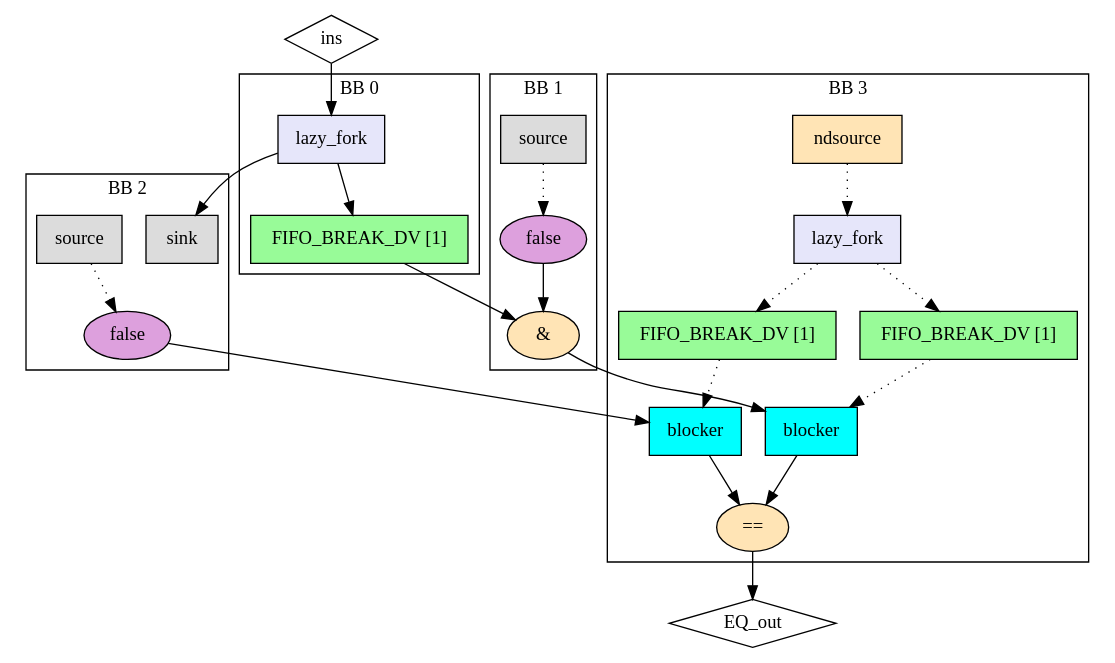
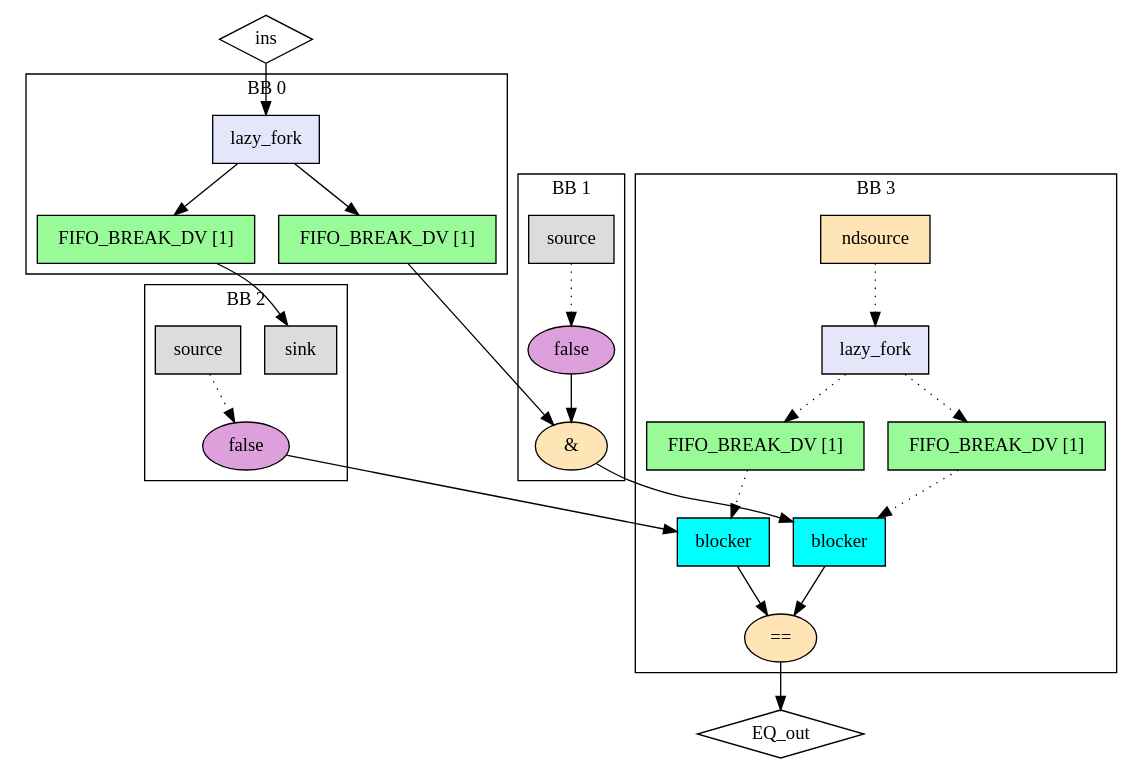
Before and after one commit to EPFL-LAP/dynamatic: the diagram in experimental/tools/elastic-miter/out/and_false/miter/model.dot, drawn with Graphviz. The commit also changed 168 other files, not shown here.

```diff
--- a/experimental/tools/elastic-miter/out/and_false/miter/model.dot
+++ b/experimental/tools/elastic-miter/out/and_false/miter/model.dot
@@ -1,50 +1,52 @@
 Digraph G {
   splines=spline
   compound=true
   "ins" ["style"="solid", "shape"="diamond", "label"="ins", "mlir_op"="handshake.func"]
   "EQ_out" ["style"="solid", "shape"="diamond", "label"="EQ_out", "mlir_op"="handshake.func"]
   "ins" -> "in_fork_ins" ["dir"="both", "style"="solid", "arrowhead"="normal", "from_idx"="0", "to"="ins", "arrowtail"="none", "from"="ins", "to_idx"="0"]
-  "in_fork_ins" -> "rhs_sink" ["dir"="both", "style"="solid", "arrowhead"="normal", "from_idx"="1", "to"="ins", "arrowtail"="none", "from"="outs_1", "to_idx"="0"]
   "lhs_in_buf_ins" -> "lhs_and" ["dir"="both", "style"="solid", "arrowhead"="normal", "from_idx"="0", "to"="lhs", "arrowtail"="none", "from"="outs", "to_idx"="0"]
+  "rhs_in_buf_ins" -> "rhs_sink" ["dir"="both", "style"="solid", "arrowhead"="normal", "from_idx"="0", "to"="ins", "arrowtail"="none", "from"="outs", "to_idx"="0"]
   "out_eq_out" -> "EQ_out" ["dir"="both", "style"="solid", "arrowhead"="normal", "from_idx"="0", "to"="EQ_out", "arrowtail"="none", "from"="result", "to_idx"="0"]
   "lhs_and" -> "lhs_out_bl_out" ["dir"="both", "style"="solid", "arrowhead"="normal", "from_idx"="0", "to"="ins", "arrowtail"="none", "from"="result", "to_idx"="0"]
   "rhs_constant" -> "rhs_out_bl_out" ["dir"="both", "style"="solid", "arrowhead"="normal", "from_idx"="0", "to"="ins", "arrowtail"="none", "from"="outs", "to_idx"="0"]
   subgraph cluster0 {
     graph ["label"="BB 0"]
     "in_fork_ins" ["style"="filled", "fillcolor"="lavender", "shape"="box", "label"="lazy_fork", "mlir_op"="handshake.lazy_fork"]
     "lhs_in_buf_ins" ["style"="filled", "fillcolor"="palegreen", "shape"="box", "label"="FIFO_BREAK_DV [1]", "mlir_op"="handshake.buffer"]
+    "rhs_in_buf_ins" ["style"="filled", "fillcolor"="palegreen", "shape"="box", "label"="FIFO_BREAK_DV [1]", "mlir_op"="handshake.buffer"]
     "in_fork_ins" -> "lhs_in_buf_ins" ["dir"="both", "style"="solid", "arrowhead"="normal", "from_idx"="0", "to"="ins", "arrowtail"="none", "from"="outs_0", "to_idx"="0"]
+    "in_fork_ins" -> "rhs_in_buf_ins" ["dir"="both", "style"="solid", "arrowhead"="normal", "from_idx"="1", "to"="ins", "arrowtail"="none", "from"="outs_1", "to_idx"="0"]
   }
   subgraph cluster3 {
     graph ["label"="BB 3"]
     "out_nds_out" ["style"="filled", "fillcolor"="moccasin", "shape"="box", "label"="ndsource", "mlir_op"="handshake.ndsource"]
     "out_lf_out" ["style"="filled", "fillcolor"="lavender", "shape"="box", "label"="lazy_fork", "mlir_op"="handshake.lazy_fork"]
     "out_buf_lhs_nds_out" ["style"="filled", "fillcolor"="palegreen", "shape"="box", "label"="FIFO_BREAK_DV [1]", "mlir_op"="handshake.buffer"]
     "out_buf_rhs_nds_out" ["style"="filled", "fillcolor"="palegreen", "shape"="box", "label"="FIFO_BREAK_DV [1]", "mlir_op"="handshake.buffer"]
     "lhs_out_bl_out" ["style"="filled", "fillcolor"="cyan", "shape"="box", "label"="blocker", "mlir_op"="handshake.blocker"]
     "rhs_out_bl_out" ["style"="filled", "fillcolor"="cyan", "shape"="box", "label"="blocker", "mlir_op"="handshake.blocker"]
     "out_eq_out" ["style"="filled", "fillcolor"="moccasin", "shape"="oval", "label"="==", "mlir_op"="handshake.cmpi=="]
     "out_nds_out" -> "out_lf_out" ["dir"="both", "style"="dotted", "arrowhead"="normal", "from_idx"="0", "to"="ins", "arrowtail"="none", "from"="result", "to_idx"="0"]
     "out_lf_out" -> "out_buf_lhs_nds_out" ["dir"="both", "style"="dotted", "arrowhead"="normal", "from_idx"="0", "to"="ins", "arrowtail"="none", "from"="outs_0", "to_idx"="0"]
     "out_lf_out" -> "out_buf_rhs_nds_out" ["dir"="both", "style"="dotted", "arrowhead"="normal", "from_idx"="1", "to"="ins", "arrowtail"="none", "from"="outs_1", "to_idx"="0"]
     "out_buf_lhs_nds_out" -> "lhs_out_bl_out" ["dir"="both", "style"="dotted", "arrowhead"="normal", "from_idx"="0", "to"="ctrl", "arrowtail"="none", "from"="outs", "to_idx"="1"]
     "out_buf_rhs_nds_out" -> "rhs_out_bl_out" ["dir"="both", "style"="dotted", "arrowhead"="normal", "from_idx"="0", "to"="ctrl", "arrowtail"="none", "from"="outs", "to_idx"="1"]
     "lhs_out_bl_out" -> "out_eq_out" ["dir"="both", "style"="solid", "arrowhead"="normal", "from_idx"="0", "to"="lhs", "arrowtail"="none", "from"="outs", "to_idx"="0"]
     "rhs_out_bl_out" -> "out_eq_out" ["dir"="both", "style"="solid", "arrowhead"="normal", "from_idx"="0", "to"="rhs", "arrowtail"="none", "from"="outs", "to_idx"="1"]
   }
   subgraph cluster1 {
     graph ["label"="BB 1"]
     "lhs_source" ["style"="filled", "fillcolor"="gainsboro", "shape"="box", "label"="source", "mlir_op"="handshake.source"]
     "lhs_constant" ["style"="filled", "fillcolor"="plum", "shape"="oval", "label"="false", "mlir_op"="handshake.constant"]
     "lhs_and" ["style"="filled", "fillcolor"="moccasin", "shape"="oval", "label"="&", "mlir_op"="handshake.andi"]
     "lhs_source" -> "lhs_constant" ["dir"="both", "style"="dotted", "arrowhead"="normal", "from_idx"="0", "to"="ctrl", "arrowtail"="none", "from"="outs", "to_idx"="0"]
     "lhs_constant" -> "lhs_and" ["dir"="both", "style"="solid", "arrowhead"="normal", "from_idx"="0", "to"="rhs", "arrowtail"="none", "from"="outs", "to_idx"="1"]
   }
   subgraph cluster2 {
     graph ["label"="BB 2"]
     "rhs_sink" ["style"="filled", "fillcolor"="gainsboro", "shape"="box", "label"="sink", "mlir_op"="handshake.sink"]
     "rhs_source" ["style"="filled", "fillcolor"="gainsboro", "shape"="box", "label"="source", "mlir_op"="handshake.source"]
     "rhs_constant" ["style"="filled", "fillcolor"="plum", "shape"="oval", "label"="false", "mlir_op"="handshake.constant"]
     "rhs_source" -> "rhs_constant" ["dir"="both", "style"="dotted", "arrowhead"="normal", "from_idx"="0", "to"="ctrl", "arrowtail"="none", "from"="outs", "to_idx"="0"]
   }
 }
```
